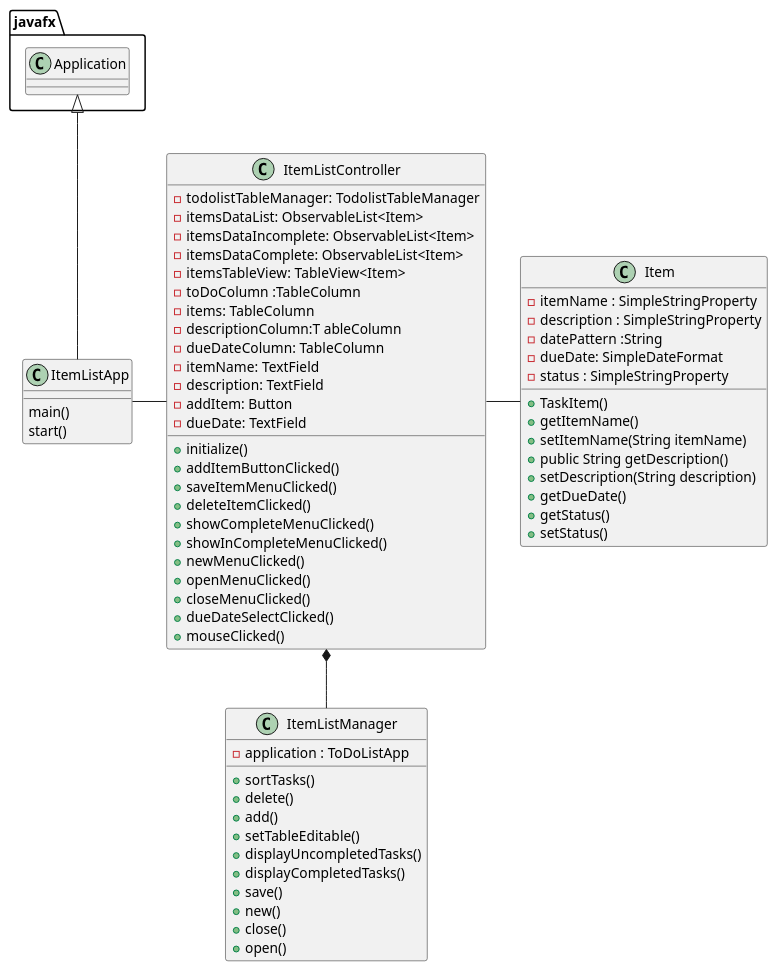
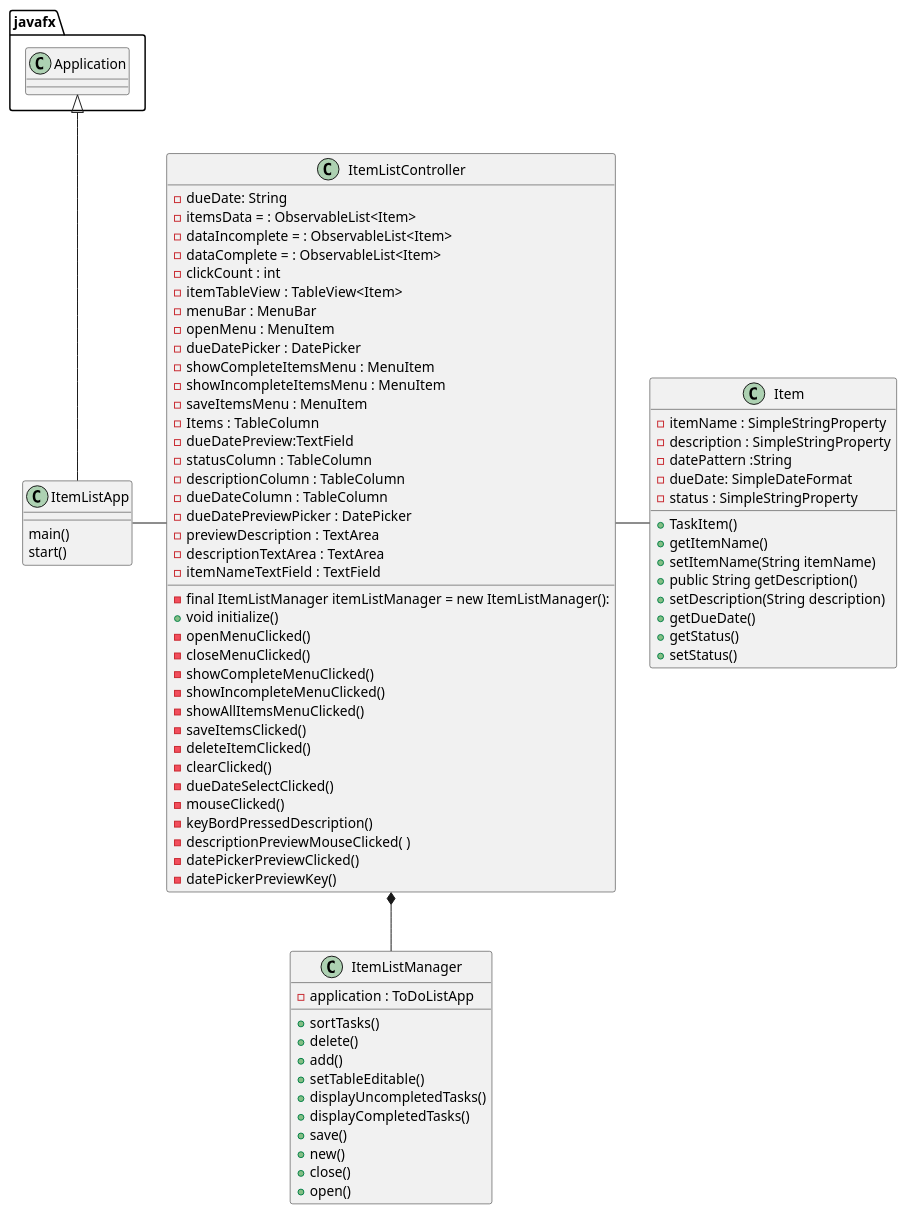
One commit to Asad006/Merouani-cop3330-assignment4part2 changed the diagram in Uml/TodoList.puml. Above: the diagram before and after it, drawn with PlantUML. The commit also changed 4 other files, not shown here.

```diff
--- a/Uml/TodoList.puml
+++ b/Uml/TodoList.puml
@@ -1,75 +1,90 @@
 @startuml
 class ItemListManager{
 - application : ToDoListApp
 + sortTasks()
 + delete()
 + add()
 + setTableEditable()
 + displayUncompletedTasks()
 + displayCompletedTasks()
 + save()
 + new()
 + close()
 + open()
 }
 
 class ItemListController {
-    - todolistTableManager: TodolistTableManager
-    - itemsDataList: ObservableList<Item>
-    - itemsDataIncomplete: ObservableList<Item>
-    - itemsDataComplete: ObservableList<Item>
-    - itemsTableView: TableView<Item>
-    - toDoColumn :TableColumn
-    - items: TableColumn
-    - descriptionColumn:T ableColumn
-    - dueDateColumn: TableColumn
-    - itemName: TextField
-    - description: TextField
-    - addItem: Button
-    - dueDate: TextField
+    
+- final ItemListManager itemListManager = new ItemListManager():
+- dueDate: String
+- itemsData = : ObservableList<Item>
+- dataIncomplete = : ObservableList<Item>
+- dataComplete = : ObservableList<Item>
+- clickCount : int
+- itemTableView : TableView<Item>
+-  menuBar : MenuBar
+-  openMenu : MenuItem
+-  dueDatePicker : DatePicker
+-  showCompleteItemsMenu : MenuItem
+-  showIncompleteItemsMenu : MenuItem
+-  saveItemsMenu : MenuItem
+-  Items : TableColumn
+-  dueDatePreview:TextField
+-  statusColumn : TableColumn
+-  descriptionColumn : TableColumn
+-  dueDateColumn : TableColumn
+-  dueDatePreviewPicker : DatePicker
+-  previewDescription : TextArea
+-  descriptionTextArea : TextArea
+-  itemNameTextField : TextField
++ void initialize()        
+- openMenuClicked()
+- closeMenuClicked()
+- showCompleteMenuClicked()
+- showIncompleteMenuClicked()
+- showAllItemsMenuClicked()
+- saveItemsClicked()
+- deleteItemClicked()
+- clearClicked()
+- dueDateSelectClicked()
+- mouseClicked()
+- keyBordPressedDescription()
+- descriptionPreviewMouseClicked( )
+- datePickerPreviewClicked()
+- datePickerPreviewKey()
 
-     + initialize()
-     + addItemButtonClicked()
-     + saveItemMenuClicked()
-     + deleteItemClicked()
-     + showCompleteMenuClicked()
-     + showInCompleteMenuClicked()
-     + newMenuClicked()
-     + openMenuClicked()
-     + closeMenuClicked()
-     + dueDateSelectClicked()
-     + mouseClicked()
+
 
 
 
 
 }
 
 class Item{
     -  itemName : SimpleStringProperty
     -  description : SimpleStringProperty
     -  datePattern :String
     -  dueDate: SimpleDateFormat
     -  status : SimpleStringProperty
     + TaskItem()
     + getItemName()
     + setItemName(String itemName)
     + public String getDescription()
     + setDescription(String description)
     + getDueDate()
     + getStatus()
     + setStatus()
 
 }
 
 class ItemListApp{
     main()
     start()
 }
 
 javafx.Application <|-- ItemListApp
 ItemListApp-ItemListController
 ItemListController - Item
 ItemListController *-- ItemListManager
 
 @enduml
```
